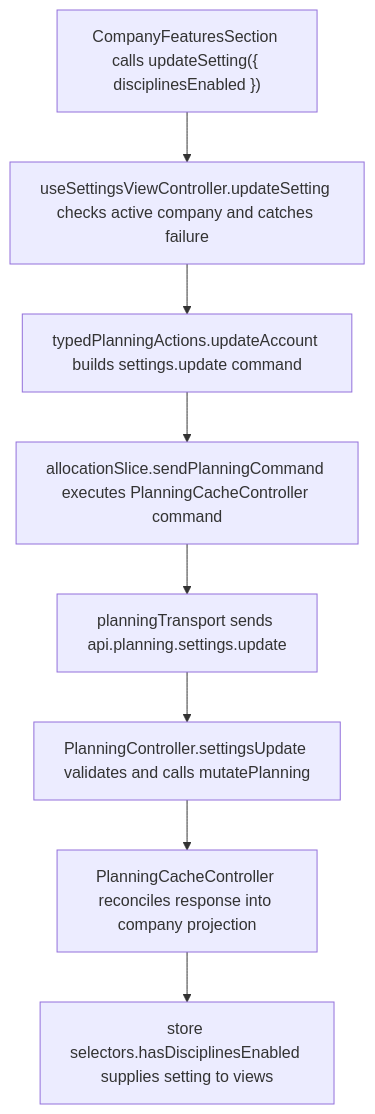
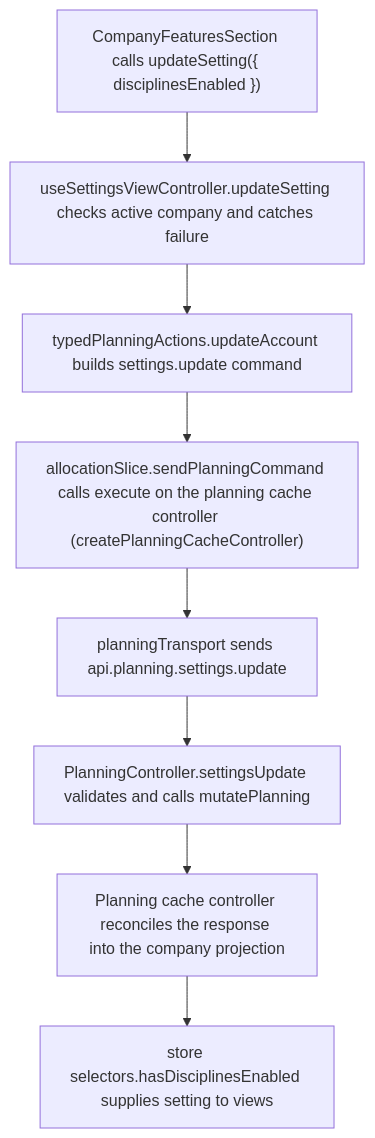
The second of 2 diagrams in user-stories/settings/US-SET-22-use-disciplines.md (Kevinjohn/capacitylens), drawn with Mermaid before and after one commit. The commit also changed 119 other files, not shown here.

First line of the commit message:
docs: correct story text and flow diagrams against current source

````diff
--- a/user-stories/settings/US-SET-22-use-disciplines.md
+++ b/user-stories/settings/US-SET-22-use-disciplines.md
@@ -31,10 +31,10 @@
 ```mermaid
 flowchart TD
   control["CompanyFeaturesSection calls updateSetting({ disciplinesEnabled })"] --> view["useSettingsViewController.updateSetting checks active company and catches failure"]
   view --> action["typedPlanningActions.updateAccount builds settings.update command"]
-  action --> execute["allocationSlice.sendPlanningCommand executes PlanningCacheController command"]
+  action --> execute["allocationSlice.sendPlanningCommand calls execute on the planning cache controller (createPlanningCacheController)"]
   execute --> transport["planningTransport sends api.planning.settings.update"]
   transport --> route["PlanningController.settingsUpdate validates and calls mutatePlanning"]
-  route --> reply["PlanningCacheController reconciles response into company projection"]
+  route --> reply["Planning cache controller reconciles the response into the company projection"]
   reply --> read["store selectors.hasDisciplinesEnabled supplies setting to views"]
 ```
````
